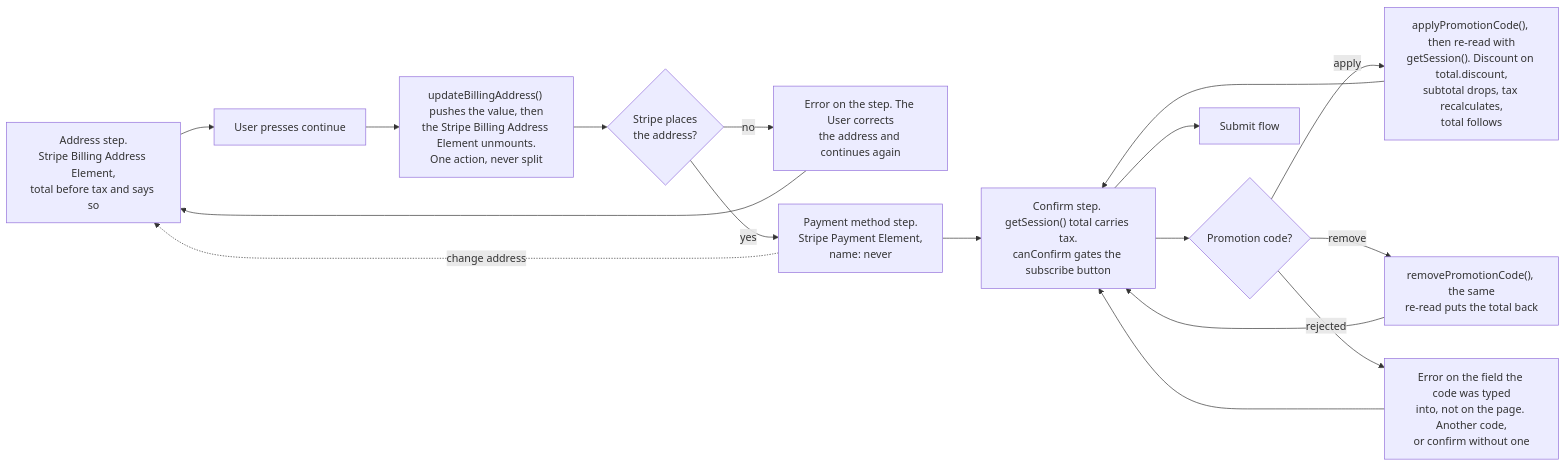
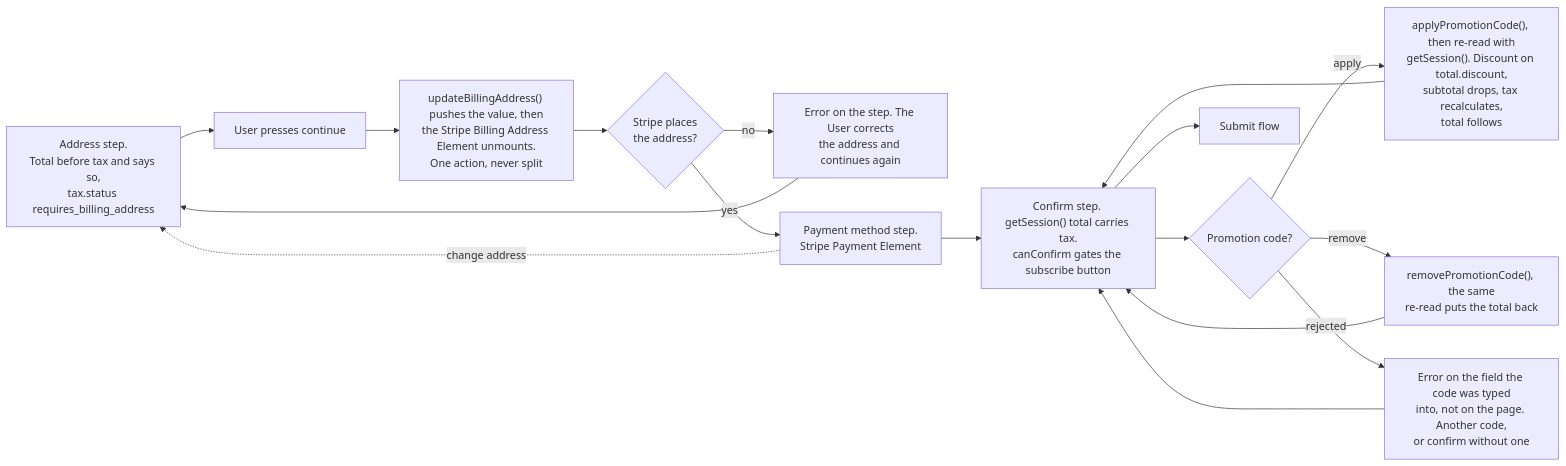
The first of 2 diagrams in public/specs/flows/subscription/stripe/Create2UserAction.md (websanova/starter-flows), drawn with Mermaid before and after one commit. The commit also changed other lines of this file, not shown here.

Commit message:
Update create 2 flow to new cleaned up format).

````diff
--- a/public/specs/flows/subscription/stripe/Create2UserAction.md
+++ b/public/specs/flows/subscription/stripe/Create2UserAction.md
@@ -43,19 +48,19 @@
 ```mermaid
 flowchart LR
-    J["Address step.<br/>Stripe Billing Address Element,<br/>total before tax and says so"] --> K[User presses continue]
+    J["Address step.<br/>Total before tax and says so,<br/>tax.status requires_billing_address"] --> K[User presses continue]
     K --> K1["updateBillingAddress() pushes the value, then<br/>the Stripe Billing Address Element unmounts.<br/>One action, never split"]
     K1 --> K2{Stripe places<br/>the address?}
     K2 -->|no| K3[Error on the step. The User corrects<br/>the address and continues again]
     K3 --> J
-    K2 -->|yes| L["Payment method step.<br/>Stripe Payment Element,<br/>name: never"]
+    K2 -->|yes| L[Payment method step.<br/>Stripe Payment Element]
     L -.->|change address| J
     L --> M["Confirm step. getSession() total carries tax.<br/>canConfirm gates the subscribe button"]
     M --> P1{Promotion code?}
     P1 -->|apply| P2["applyPromotionCode(), then re-read with<br/>getSession(). Discount on total.discount,<br/>subtotal drops, tax recalculates,<br/>total follows"]
     P1 -->|remove| P3["removePromotionCode(), the same<br/>re-read puts the total back"]
     P1 -->|rejected| P4[Error on the field the code was typed<br/>into, not on the page. Another code,<br/>or confirm without one]
     P2 --> M
     P3 --> M
     P4 --> M
     M --> N[Submit flow]
 ```
````
